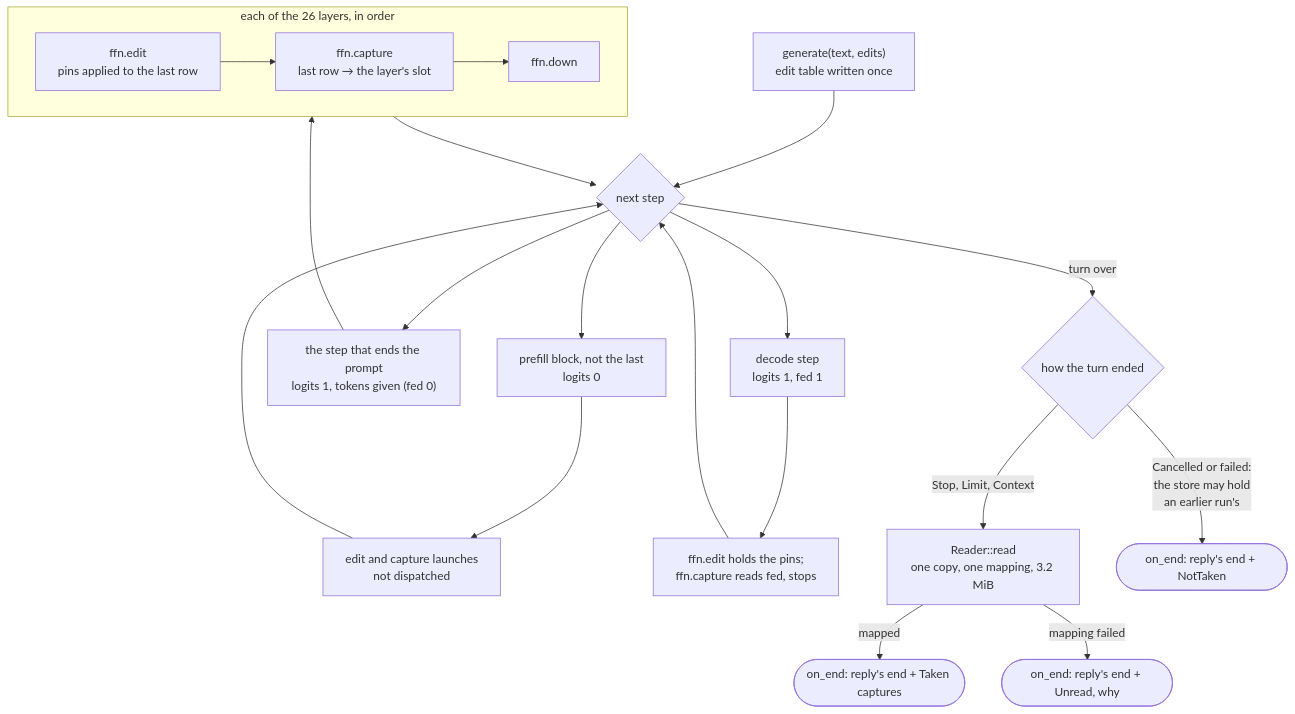
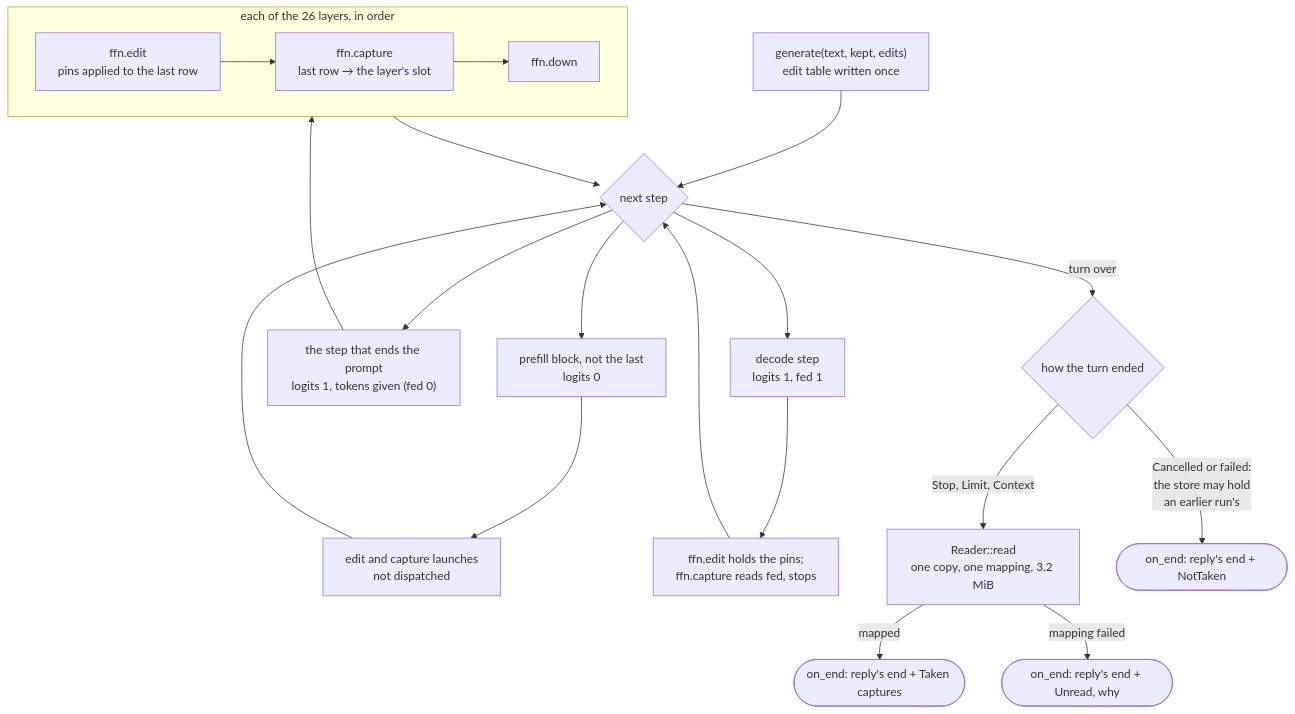
The fifth of 7 diagrams in docs/architecture/logical-overview.md (plainsight-systems/frizzle), drawn with Mermaid before and after one commit. The commit also changed other lines of this file and 6 other files, not shown here.

First line of the commit message:
Architecture: the documents describe the system as it is

````diff
--- a/docs/architecture/logical-overview.md
+++ b/docs/architecture/logical-overview.md
@@ -140,31 +194,31 @@
 ```mermaid
 flowchart TD
-  G["generate(text, edits)<br/>edit table written once"]
+  G["generate(text, kept, edits)<br/>edit table written once"]
   P{"next step"}
   PF["prefill block, not the last<br/>logits 0"]
   PE["the step that ends the prompt<br/>logits 1, tokens given (fed 0)"]
   DE["decode step<br/>logits 1, fed 1"]
   SKIP["edit and capture launches<br/>not dispatched"]
   subgraph L["each of the 26 layers, in order"]
     E["ffn.edit<br/>pins applied to the last row"]
     C["ffn.capture<br/>last row → the layer's slot"]
     D["ffn.down"]
     E --> C --> D
   end
   EXIT["ffn.edit holds the pins;<br/>ffn.capture reads fed, stops"]
   END{"how the turn ended"}
   READ["Reader::read<br/>one copy, one mapping, 3.2 MiB"]
   T(["on_end: reply's end + Taken captures"])
   N(["on_end: reply's end + NotTaken"])
   U(["on_end: reply's end + Unread, why"])
 
   G --> P
   P --> PF --> SKIP --> P
   P --> PE --> L --> P
   P --> DE --> EXIT --> P
   P -->|"turn over"| END
   END -->|"Stop, Limit, Context"| READ
   END -->|"Cancelled or failed:<br/>the store may hold<br/>an earlier run's"| N
   READ -->|"mapped"| T
   READ -->|"mapping failed"| U
 ```
````
